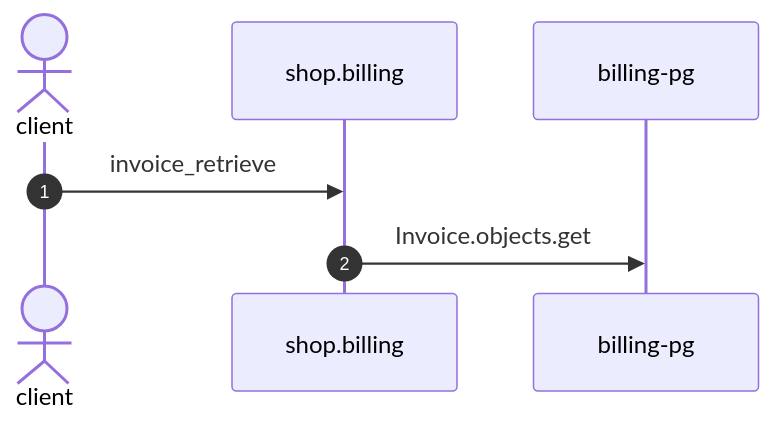
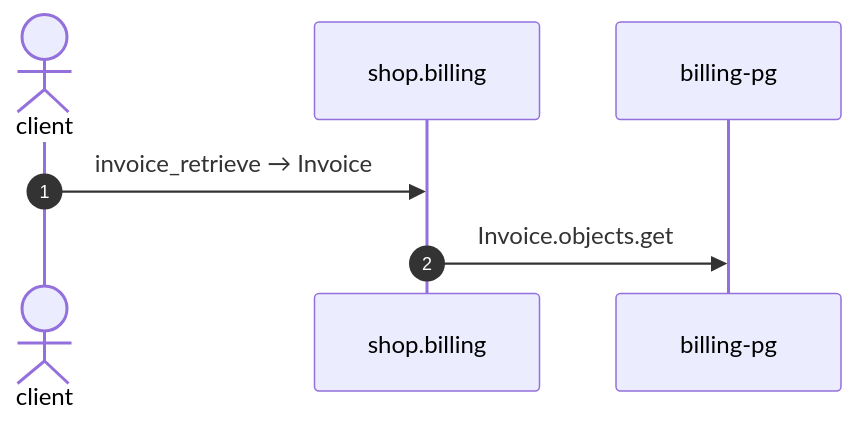
The diagram in docs/flows/billing-invoice-retrieve.md (shortlink-org/portolan), drawn with Mermaid before and after one commit. The commit also changed other lines of this file and 87 other files, not shown here.

````diff
--- a/docs/flows/billing-invoice-retrieve.md
+++ b/docs/flows/billing-invoice-retrieve.md
@@ -21,9 +21,9 @@
 ```mermaid
 sequenceDiagram
     autonumber
     actor p0 as client
     participant p1 as shop.billing
     participant p2 as billing-pg
-    p0->>p1: invoice_retrieve
+    p0->>p1: invoice_retrieve → Invoice
     p1->>p2: Invoice.objects.get
 ```
````
